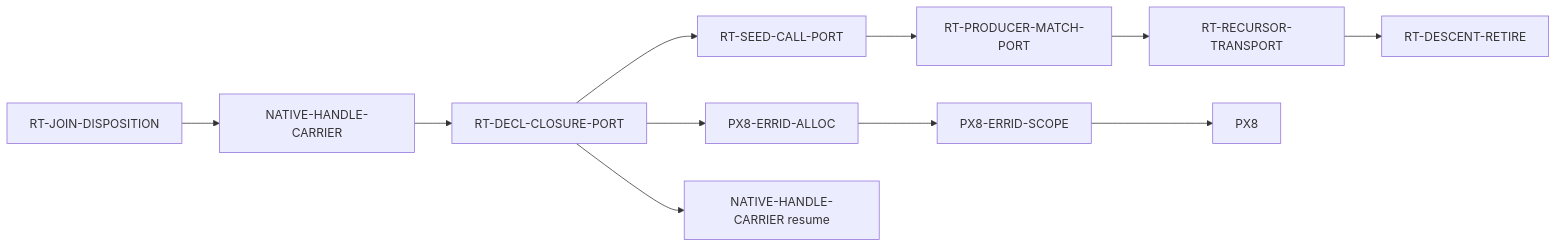
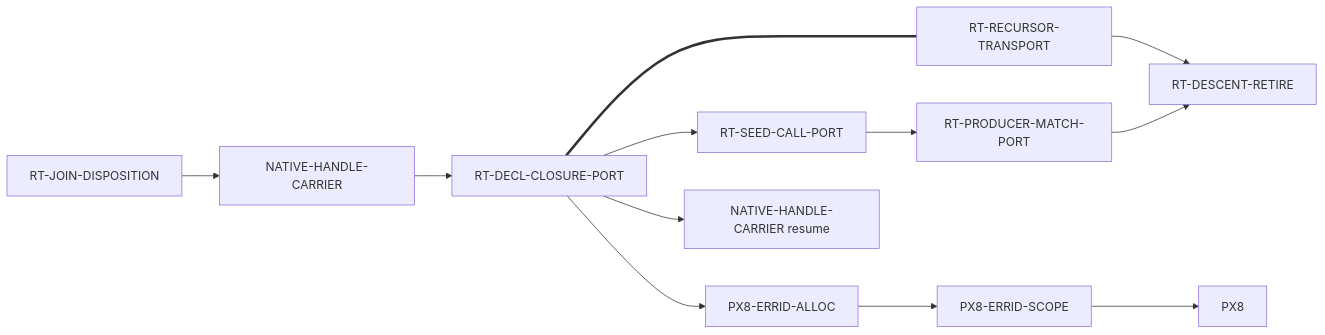
The diagram in docs/program/16-recursive-descent-retirement.md (ken-topos/ken), drawn with Mermaid before and after one commit. The commit also changed other lines of this file and 6 other files, not shown here.

First line of the commit message:
RT-RECURSOR-TRANSPORT recut: D1 answered (b), moved to #3-atomic with D7

````diff
--- a/docs/program/16-recursive-descent-retirement.md
+++ b/docs/program/16-recursive-descent-retirement.md
@@ -227,13 +227,14 @@
 ```mermaid
 graph LR
   JD[RT-JOIN-DISPOSITION] --> NHC[NATIVE-HANDLE-CARRIER]
   NHC --> DCP[RT-DECL-CLOSURE-PORT]
   DCP --> SCP[RT-SEED-CALL-PORT]
   SCP --> PMP[RT-PRODUCER-MATCH-PORT]
-  PMP --> RXT[RT-RECURSOR-TRANSPORT]
+  DCP === RXT[RT-RECURSOR-TRANSPORT]
   RXT --> RET[RT-DESCENT-RETIRE]
+  PMP --> RET
   DCP --> ALLOC[PX8-ERRID-ALLOC]
   DCP --> NHC2[NATIVE-HANDLE-CARRIER resume]
   ALLOC --> SCOPE[PX8-ERRID-SCOPE]
   SCOPE --> PX8
 ```
````
